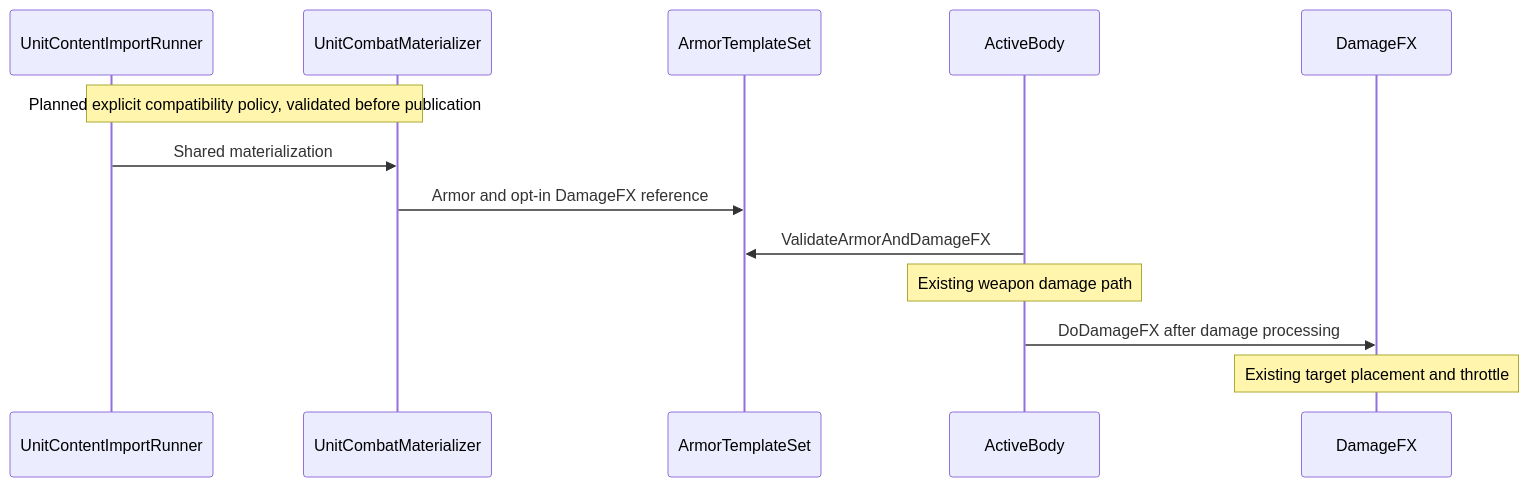
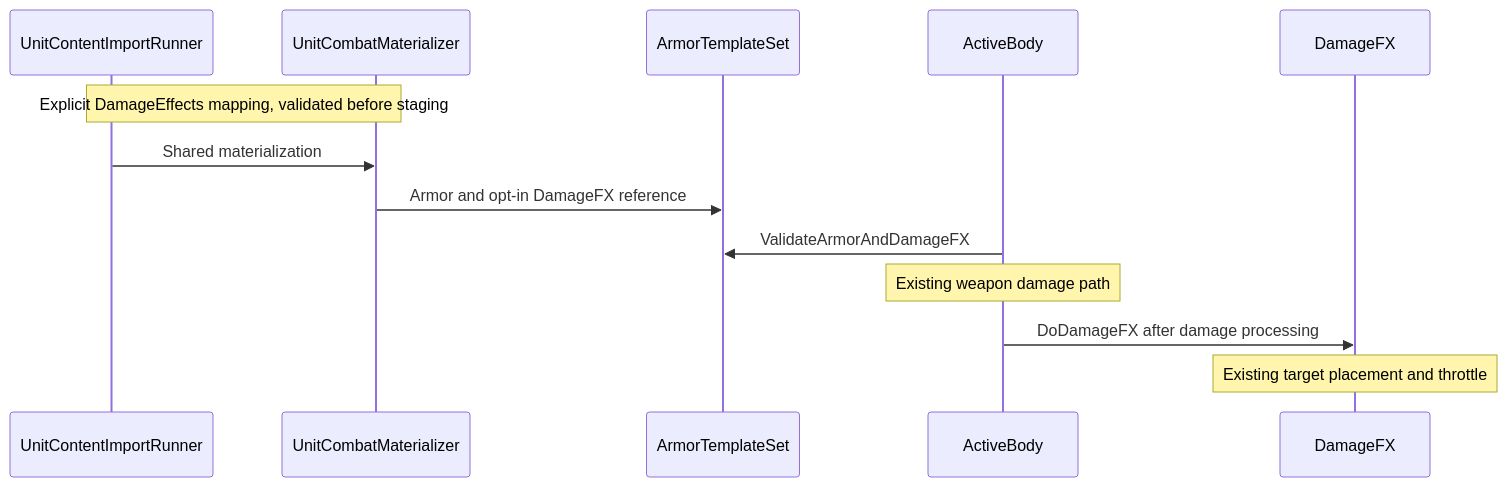
Before and after one commit to rmessinger/Panopticon: the second of 4 diagrams in docs/roadmap/deep-dives/x1-imported-unit-hit-feedback.md, drawn with Mermaid. The commit also changed other lines of this file and 38 other files, not shown here.

````diff
--- a/docs/roadmap/deep-dives/x1-imported-unit-hit-feedback.md
+++ b/docs/roadmap/deep-dives/x1-imported-unit-hit-feedback.md
@@ -33,15 +37,15 @@
 ```mermaid
 sequenceDiagram
   participant Import as UnitContentImportRunner
   participant Mat as UnitCombatMaterializer
   participant Armor as ArmorTemplateSet
   participant Body as ActiveBody
   participant FX as DamageFX
-  Note over Import,Mat: Planned explicit compatibility policy, validated before publication
+  Note over Import,Mat: Explicit DamageEffects mapping, validated before staging
   Import->>Mat: Shared materialization
   Mat->>Armor: Armor and opt-in DamageFX reference
   Body->>Armor: ValidateArmorAndDamageFX
   Note over Body: Existing weapon damage path
   Body->>FX: DoDamageFX after damage processing
   Note over FX: Existing target placement and throttle
 ```
````
